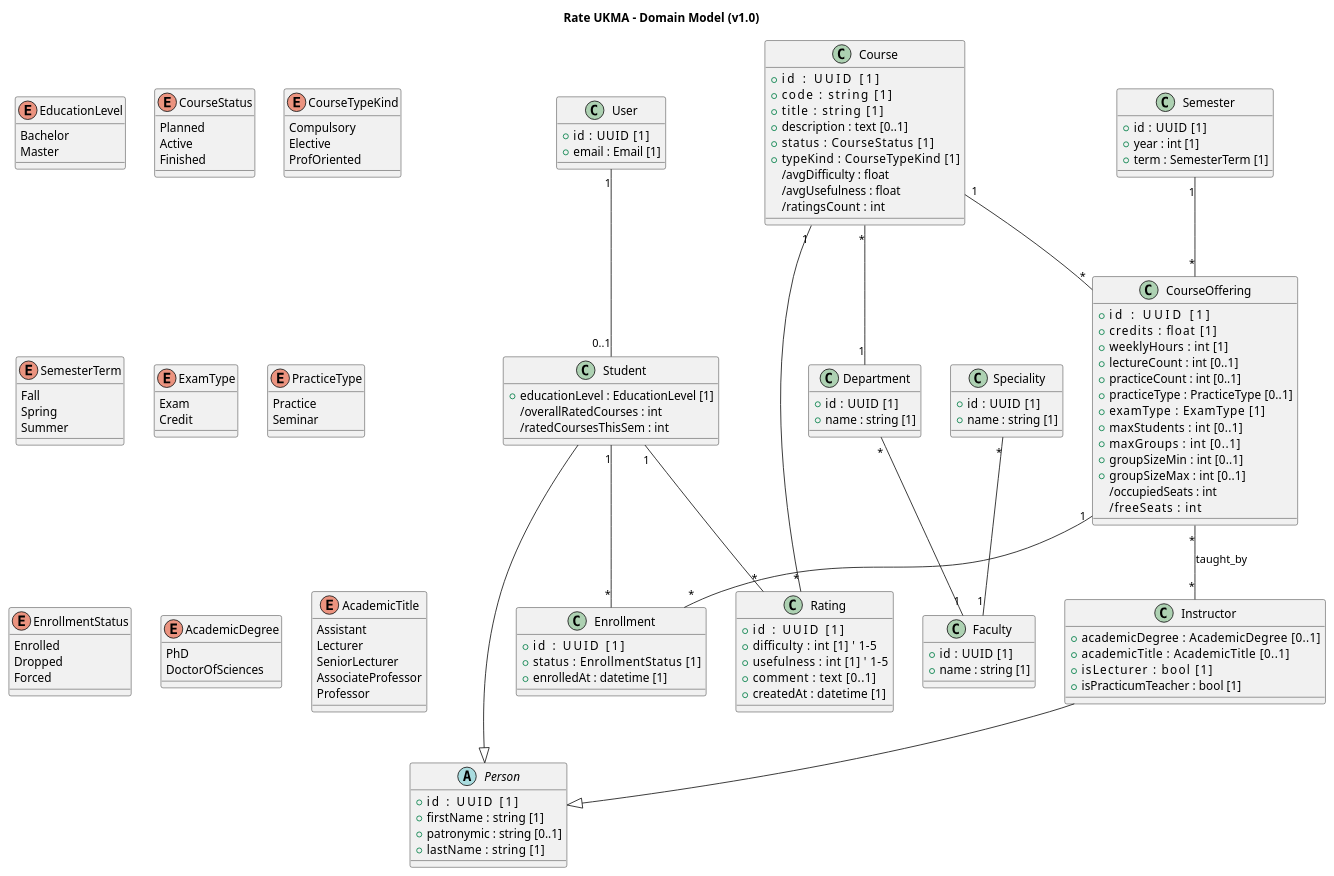
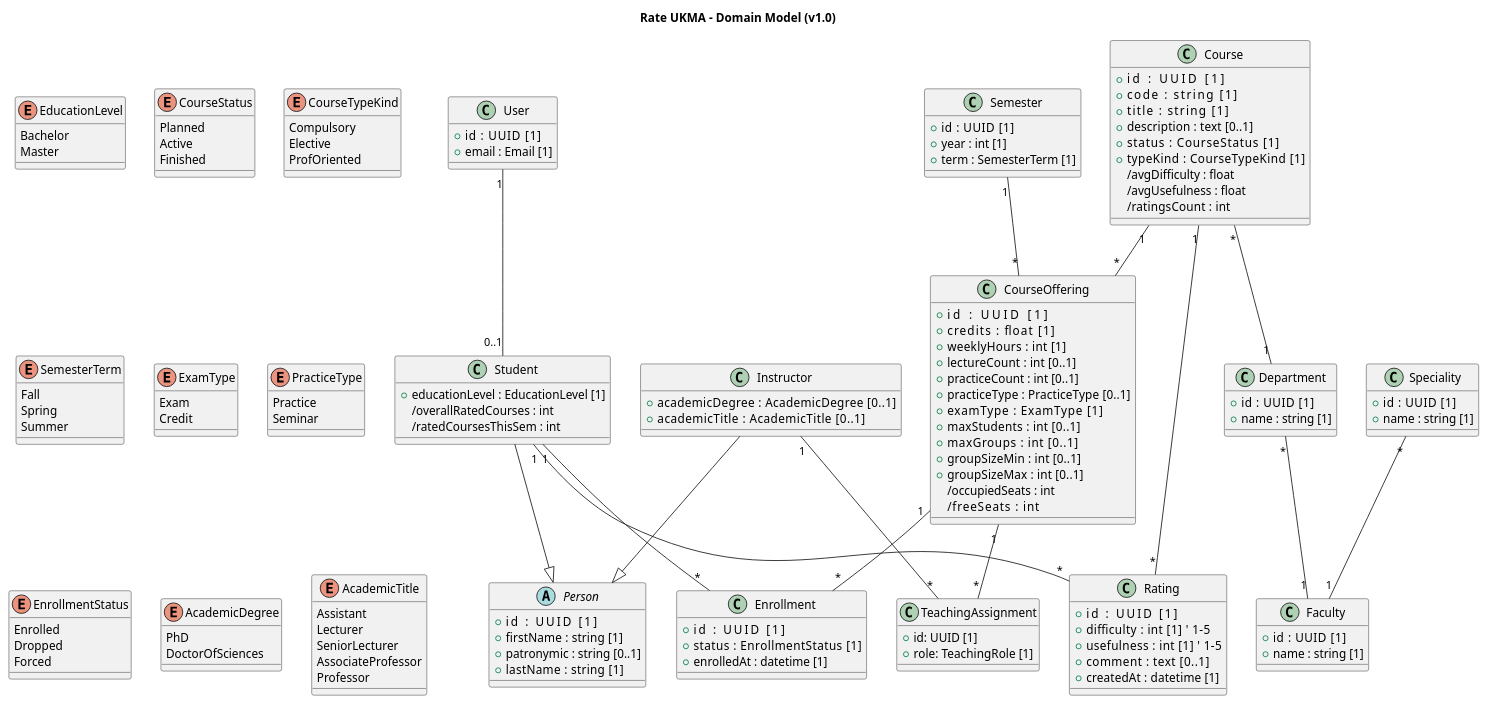
The diagram in docs/architecture/uml/domain-model.puml (ukma-cs-ssdm-2025/rate-ukma), drawn with PlantUML before and after one commit.

Commit message:
docs(#86): refactor Instructor class, introduce TeachingAssignment

```diff
--- a/docs/architecture/uml/domain-model.puml
+++ b/docs/architecture/uml/domain-model.puml
@@ -1,157 +1,162 @@
 @startuml core-domain-model
 title Rate UKMA – Domain Model (v1.0)
 
 class User {
   +id    : UUID [1]
   +email : Email [1]
 }
 
 abstract class Person {
   +id         : UUID [1]
   +firstName  : string [1]
   +patronymic : string [0..1]
   +lastName   : string [1]
 }
 
 class Student {
   +educationLevel : EducationLevel [1]
   /overallRatedCourses : int
   /ratedCoursesThisSem : int
 }
 User "1" -- "0..1" Student
 Student --|> Person
 
 class Instructor {
   +academicDegree     : AcademicDegree [0..1]
   +academicTitle      : AcademicTitle [0..1]
-  +isLecturer         : bool [1]
-  +isPracticumTeacher : bool [1]
 }
 Instructor --|> Person
 
 class Faculty {
   +id   : UUID [1]
   +name : string [1]
 }
 
 class Department {
   +id   : UUID [1]
   +name : string [1]
 }
 Department "*" -- "1" Faculty
 
 class Speciality {
   +id   : UUID [1]
   +name : string [1]
 }
 Speciality "*" -- "1" Faculty
 
 class Course {
   +id           : UUID [1]
   +code         : string [1]
   +title        : string [1]
   +description  : text [0..1]
   +status       : CourseStatus [1]
   +typeKind     : CourseTypeKind [1]
   /avgDifficulty : float
   /avgUsefulness : float
   /ratingsCount  : int
 }
 Course "*" -- "1" Department
 
 class Semester {
   +id   : UUID [1]
   +year : int [1]
   +term : SemesterTerm [1]
 }
 
 class CourseOffering {
   +id            : UUID [1]
   +credits       : float [1]
   +weeklyHours   : int [1]
   +lectureCount  : int [0..1]
   +practiceCount : int [0..1]
   +practiceType  : PracticeType [0..1]
   +examType      : ExamType [1]
   +maxStudents   : int [0..1]
   +maxGroups     : int [0..1]
   +groupSizeMin  : int [0..1]
   +groupSizeMax  : int [0..1]
   /occupiedSeats : int
   /freeSeats     : int
 }
 Course "1"   -- "*" CourseOffering
 Semester "1" -- "*" CourseOffering
-CourseOffering "*" -- "*" Instructor : taught_by
+
+class TeachingAssignment {
+  +id: UUID [1]
+  +role: TeachingRole [1]
+}
+CourseOffering "1" -- "*" TeachingAssignment
+Instructor "1" -- "*" TeachingAssignment
+
 
 class Enrollment {
   +id         : UUID [1]
   +status     : EnrollmentStatus [1]
   +enrolledAt : datetime [1]
 }
 Student "1"        -- "*" Enrollment
 CourseOffering "1" -- "*" Enrollment
 
 class Rating {
   +id         : UUID [1]
   +difficulty : int [1]    ' 1–5
   +usefulness : int [1]    ' 1–5
   +comment    : text [0..1]
   +createdAt  : datetime [1]
 }
 Student "1" -- "*" Rating
 Course  "1" -- "*" Rating
 
 enum EducationLevel {
   Bachelor
   Master
 }
 
 enum CourseStatus {
   Planned
   Active
   Finished
 }
 
 enum CourseTypeKind {
   Compulsory
   Elective
   ProfOriented
 }
 
 enum SemesterTerm {
   Fall
   Spring
   Summer
 }
 
 enum ExamType {
   Exam
   Credit
 }
 
 enum PracticeType {
   Practice
   Seminar
 }
 
 enum EnrollmentStatus {
   Enrolled
   Dropped
   Forced
 }
 
 enum AcademicDegree {
   PhD
   DoctorOfSciences
 }
 
 enum AcademicTitle {
   Assistant
   Lecturer
   SeniorLecturer
   AssociateProfessor   
   Professor            
 }
 
 @enduml
```
